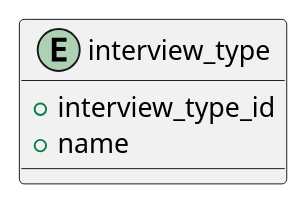
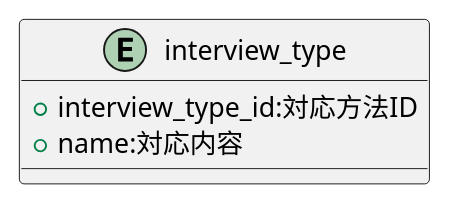
The diagram in Entity/interview_type.pu (popoposorara/ERP_ER), drawn with PlantUML before and after one commit. The commit also changed 5 other files, not shown here.

```diff
--- a/Entity/interview_type.pu
+++ b/Entity/interview_type.pu
@@ -1,8 +1,8 @@
 @startuml
 
 entity "interview_type"{
-    + interview_type_id
-    + name
+    + interview_type_id:対応方法ID
+    + name:対応内容
 }
 
 @enduml
```
